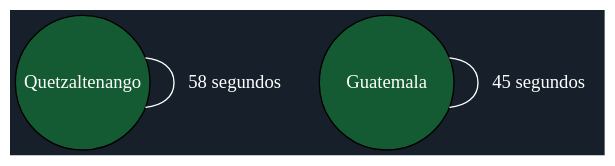
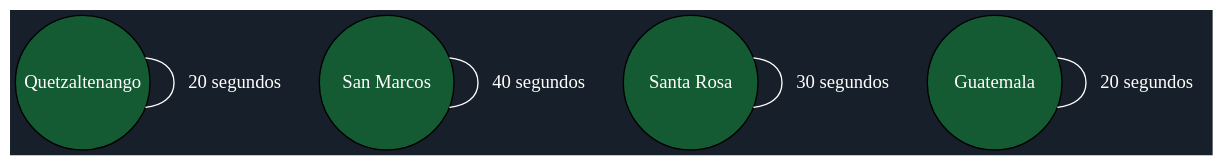
The diagram in Rapidito/ruta_mas_larga.dot (Marco131-xel/Edd_Proyecto2), drawn with Graphviz before and after one commit. The commit also changed 15 other files, not shown here.

```diff
--- a/Rapidito/ruta_mas_larga.dot
+++ b/Rapidito/ruta_mas_larga.dot
@@ -1,7 +1,9 @@
 graph Ruta {
   bgcolor="#17202a";
   node [style=filled, fillcolor="#145a32", fontcolor="white", shape=circle, width=1.4, fixedsize=true];
   edge [color="white", fontcolor="white"];
-  "Quetzaltenango" -- "Quetzaltenango" [label="58 segundos"];
-  "Guatemala" -- "Guatemala" [label="45 segundos"];
+  "Quetzaltenango" -- "Quetzaltenango" [label="20 segundos"];
+  "San Marcos" -- "San Marcos" [label="40 segundos"];
+  "Santa Rosa" -- "Santa Rosa" [label="30 segundos"];
+  "Guatemala" -- "Guatemala" [label="20 segundos"];
 }
```
